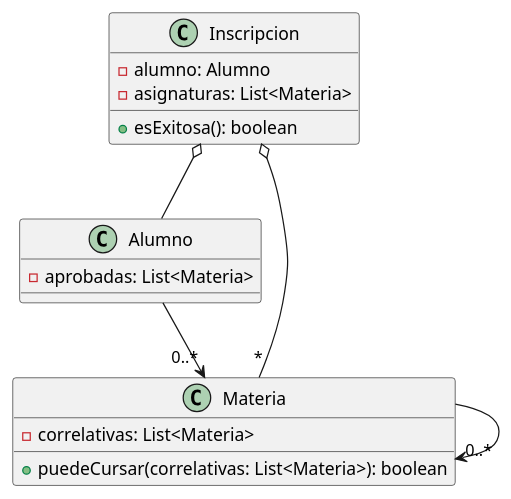
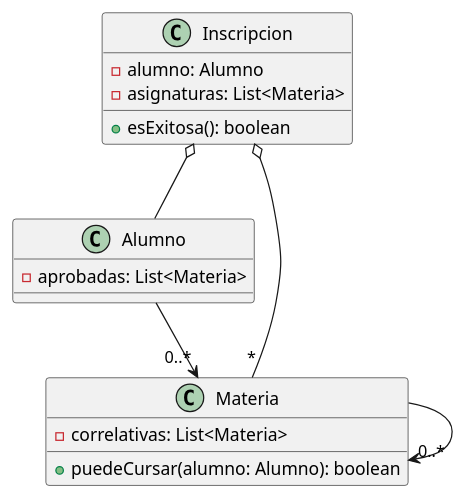
Before and after one commit to nahuelterrazas/dds-utn-tpi-correlatividades: the diagram in diagrama-de-clases.puml, drawn with PlantUML.

Commit message:
update dc

```diff
--- a/diagrama-de-clases.puml
+++ b/diagrama-de-clases.puml
@@ -1,23 +1,23 @@
 @startuml
 
 Alumno --> "0..*"Materia
 Inscripcion o--"*" Materia
 Inscripcion o-- Alumno
 Materia --> "0..*"Materia
 
 class Inscripcion {
 - alumno: Alumno
 - asignaturas: List<Materia>
 + esExitosa(): boolean
 }
 
 class Materia {
 - correlativas: List<Materia>
-+ puedeCursar(correlativas: List<Materia>): boolean
++ puedeCursar(alumno: Alumno): boolean
 }
 
 class Alumno {
 - aprobadas: List<Materia>
 }
 
 @enduml
```
